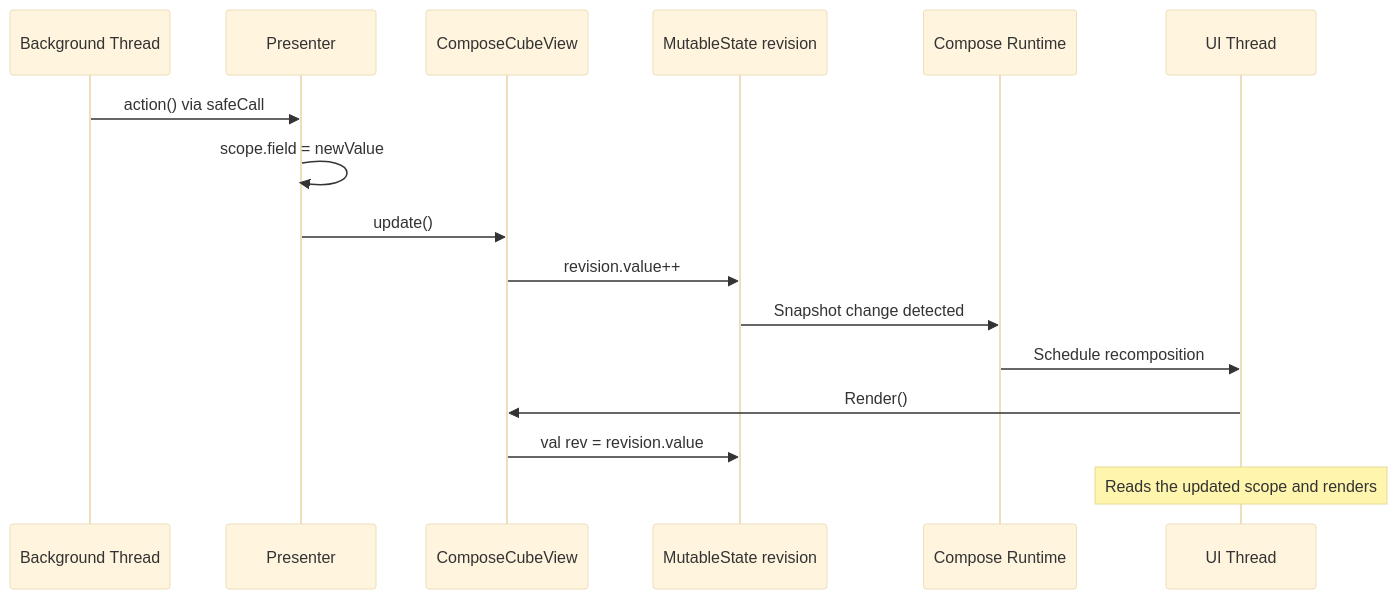
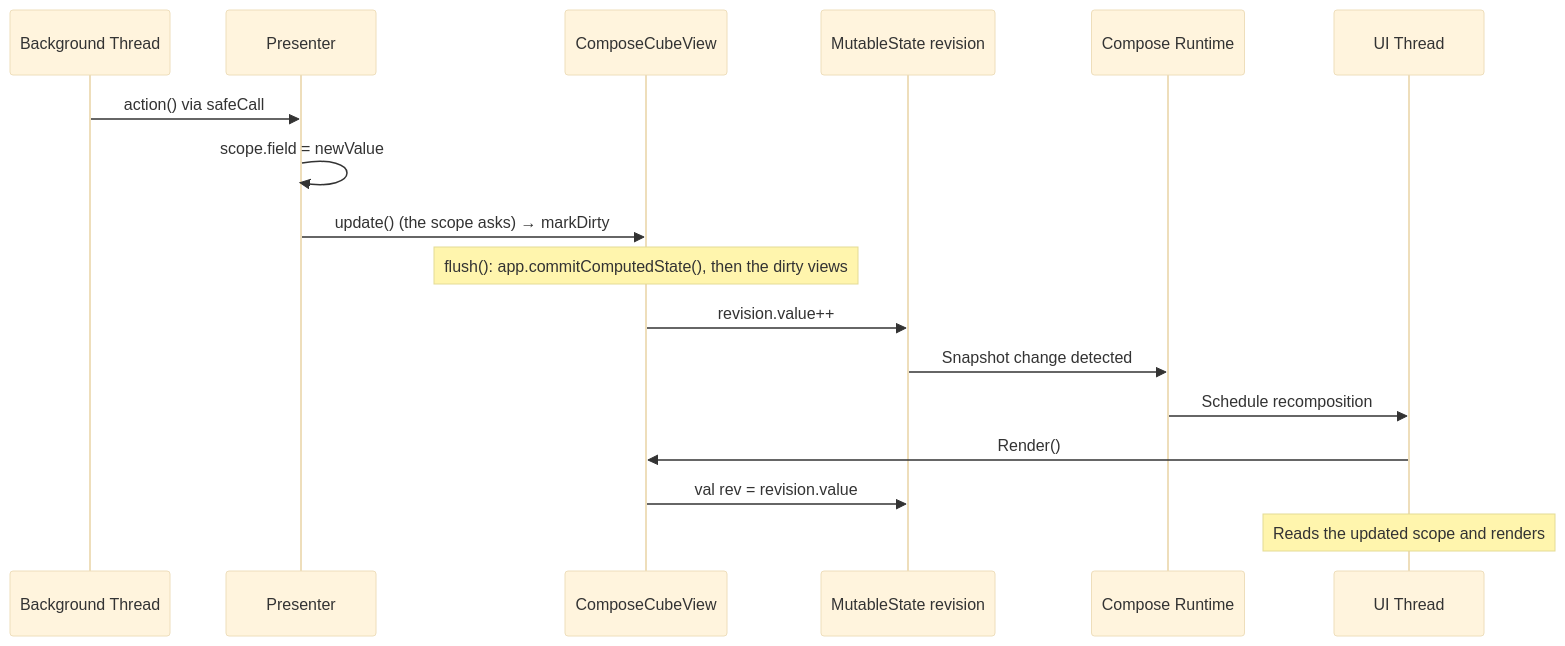
The second of 9 diagrams in docs/architecture-cube-compose.md (mrcdom/wdc-cube-kotlin), drawn with Mermaid (base theme) before and after one commit. The commit also changed other lines of this file and 14 other files, not shown here.

````diff
--- a/docs/architecture-cube-compose.md
+++ b/docs/architecture-cube-compose.md
@@ -81,19 +83,20 @@
 ```mermaid
 sequenceDiagram
     participant BG as Background Thread
     participant P as Presenter
     participant V as ComposeCubeView
     participant REV as MutableState revision
     participant C as Compose Runtime
     participant UI as UI Thread
 
     BG->>P: action() via safeCall
     P->>P: scope.field = newValue
-    P->>V: update()
+    P->>V: update() (the scope asks) → markDirty
+    Note over V: flush(): app.commitComputedState(), then the dirty views
     V->>REV: revision.value++
     REV->>C: Snapshot change detected
     C->>UI: Schedule recomposition
     UI->>V: Render()
     V->>REV: val rev = revision.value
     Note over UI: Reads the updated scope and renders
 ```
````
